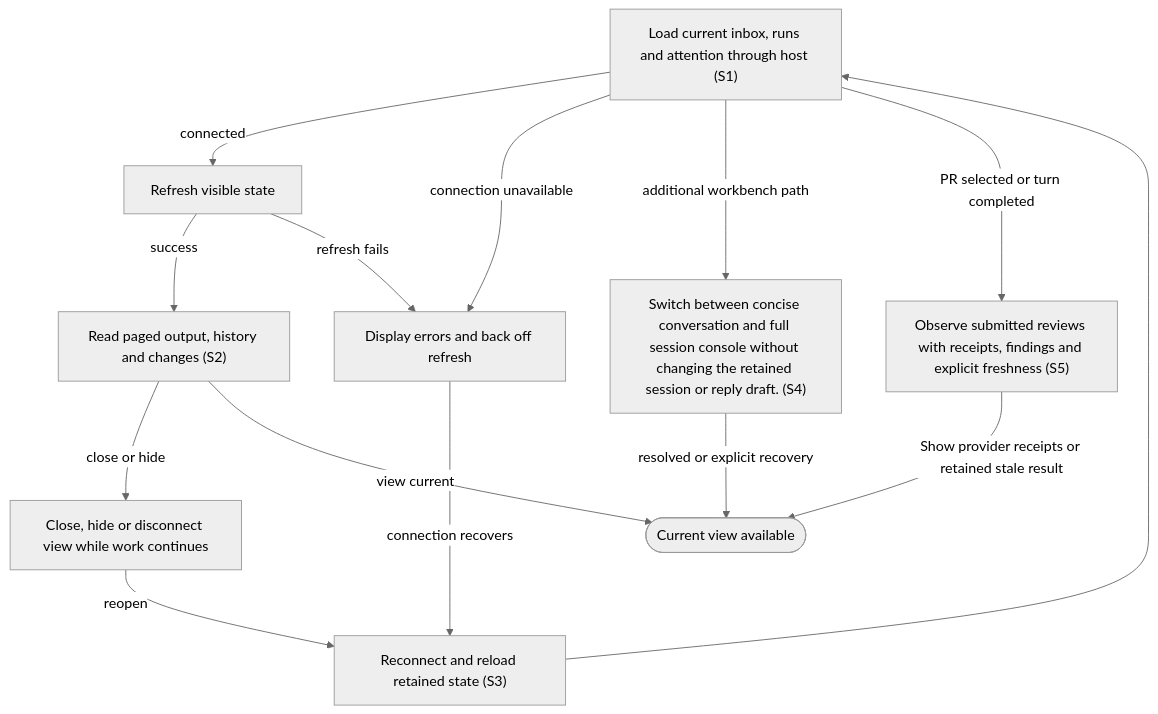
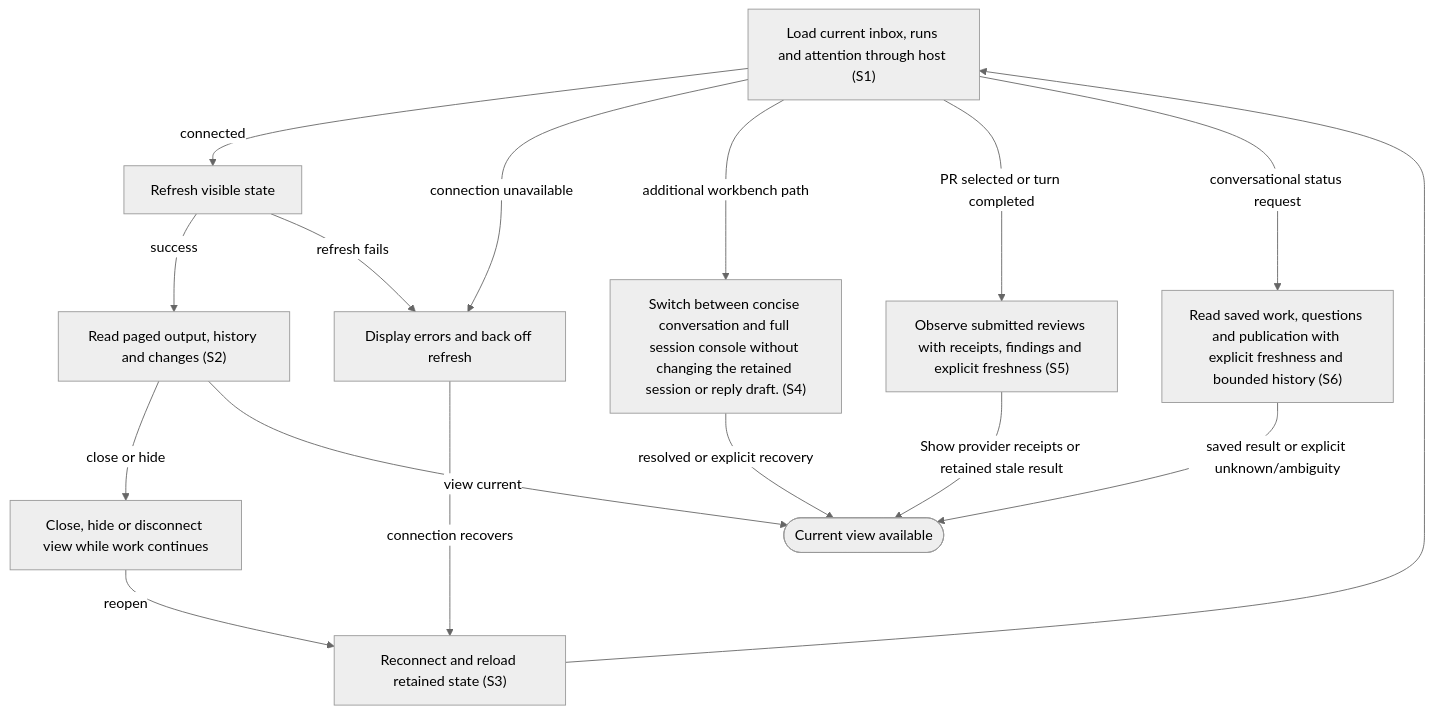
One commit to dk-code-factory/code-factory-plugin changed the diagram in docs/user-flows/view-live-work.md. Above: the diagram before and after it, drawn with Mermaid (neutral theme). The commit also changed other lines of this file and 65 other files, not shown here.

First line of the commit message:
Return saved work promptly and queue agent follow-ups

````diff
--- a/docs/user-flows/view-live-work.md
+++ b/docs/user-flows/view-live-work.md
@@ -47,25 +49,28 @@
 ```mermaid
 flowchart TD
     N0["Load current inbox, runs and attention through host #40;S1#41;"]
     N1["Refresh visible state"]
     N2["Read paged output, history and changes #40;S2#41;"]
     N3["Close, hide or disconnect view while work continues"]
     N4["Display errors and back off refresh"]
     N5["Reconnect and reload retained state #40;S3#41;"]
     N6(["Current view available"])
     N7["Switch between concise conversation and full session console without changing the retained session or reply draft. #40;S4#41;"]
     N8["Observe submitted reviews with receipts, findings and explicit freshness #40;S5#41;"]
+    N9["Read saved work, questions and publication with explicit freshness and bounded history #40;S6#41;"]
     N0 -->|"connected"| N1
     N0 -->|"connection unavailable"| N4
     N1 -->|"success"| N2
     N1 -->|"refresh fails"| N4
     N2 -->|"close or hide"| N3
     N3 -->|"reopen"| N5
     N4 -->|"connection recovers"| N5
     N5 --> N0
     N2 -->|"view current"| N6
     N0 -->|"additional workbench path"| N7
     N7 -->|"resolved or explicit recovery"| N6
     N0 -->|"PR selected or turn completed"| N8
     N8 -->|"Show provider receipts or retained stale result"| N6
+    N0 -->|"conversational status request"| N9
+    N9 -->|"saved result or explicit unknown/ambiguity"| N6
 ```
````
